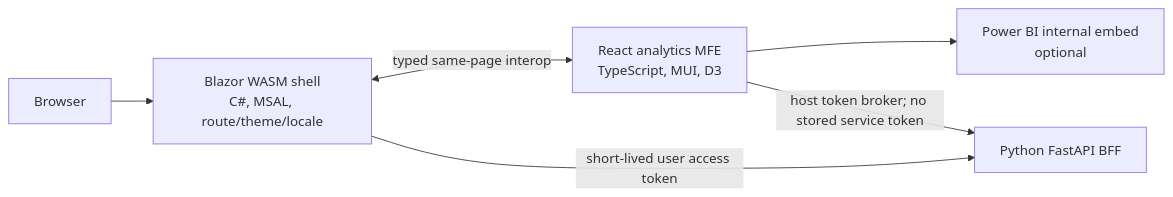
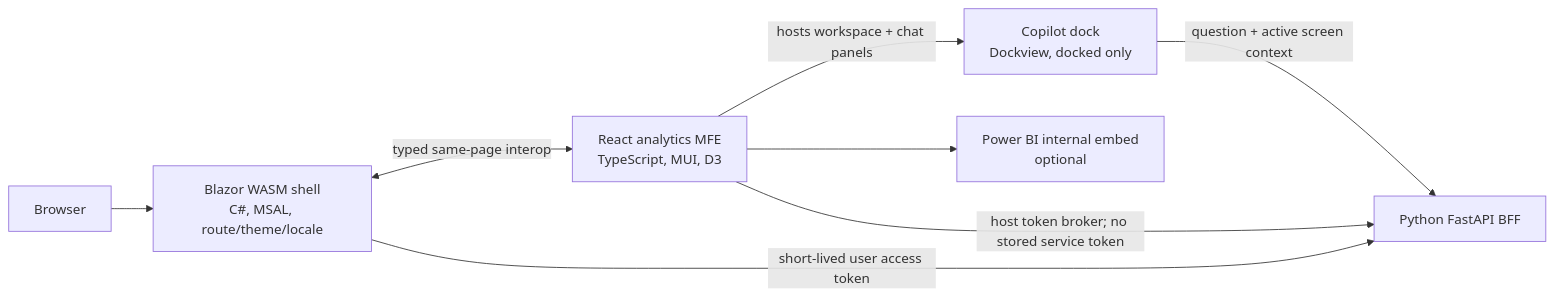
Before and after one commit to frkim/NovaSteel3: the sixth of 6 diagrams in docs/architecture/solution-architecture.md, drawn with Mermaid. The commit also changed other lines of this file and 10 other files, not shown here.

First line of the commit message:
docs: document the Copilot chat across the defense pack

````diff
--- a/docs/architecture/solution-architecture.md
+++ b/docs/architecture/solution-architecture.md
@@ -264,13 +291,16 @@
 ```mermaid
 flowchart LR
   B["Browser"]
   S["Blazor WASM shell\nC#, MSAL, route/theme/locale"]
   R["React analytics MFE\nTypeScript, MUI, D3"]
+  D["Copilot dock\nDockview, docked only"]
   P["Power BI internal embed\noptional"]
   A["Python FastAPI BFF"]
   B --> S
   S <-->|typed same-page interop| R
+  R -->|hosts workspace + chat panels| D
+  D -->|question + active screen context| A
   R --> P
   S -->|short-lived user access token| A
   R -->|host token broker; no stored service token| A
 ```
````
